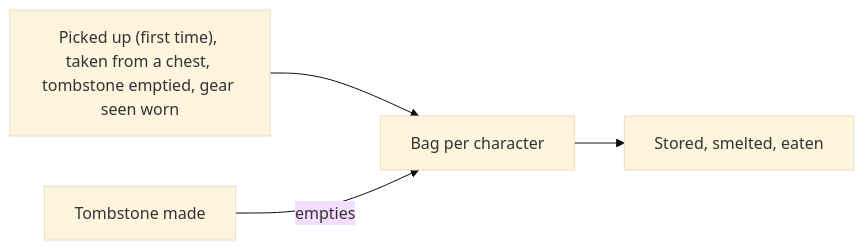
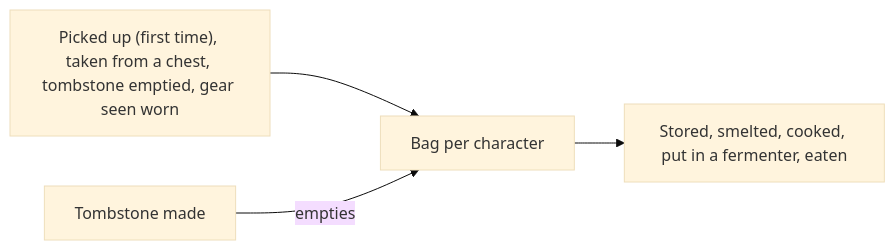
The ninth of 18 diagrams in docs/architecture.md (cristiadu/valheim-dashboard), drawn with Mermaid (base theme) before and after one commit. The commit also changed 2 other files, not shown here.

Commit message:
Take food put on to cook and mead bases put in a fermenter out of the bag guess (#76)

````diff
--- a/docs/architecture.md
+++ b/docs/architecture.md
@@ -184,6 +184,6 @@
 ```mermaid
 flowchart LR
   in["Picked up (first time), taken from a chest, tombstone emptied, gear seen worn"] --> bag[Bag per character]
-  bag --> out["Stored, smelted, eaten"]
+  bag --> out["Stored, smelted, cooked, put in a fermenter, eaten"]
   death["Tombstone made"] -->|empties| bag
 ```
````
